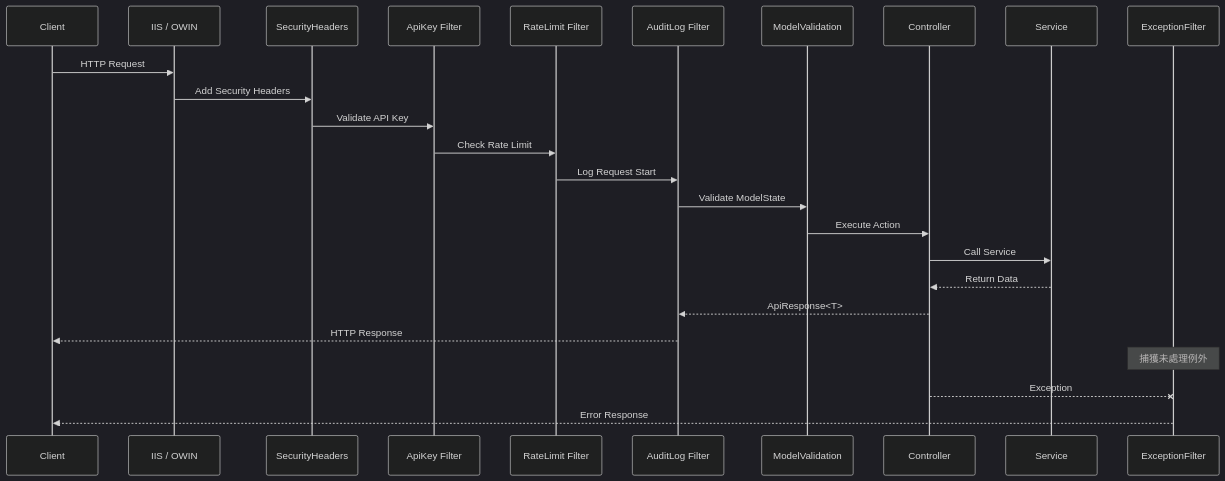
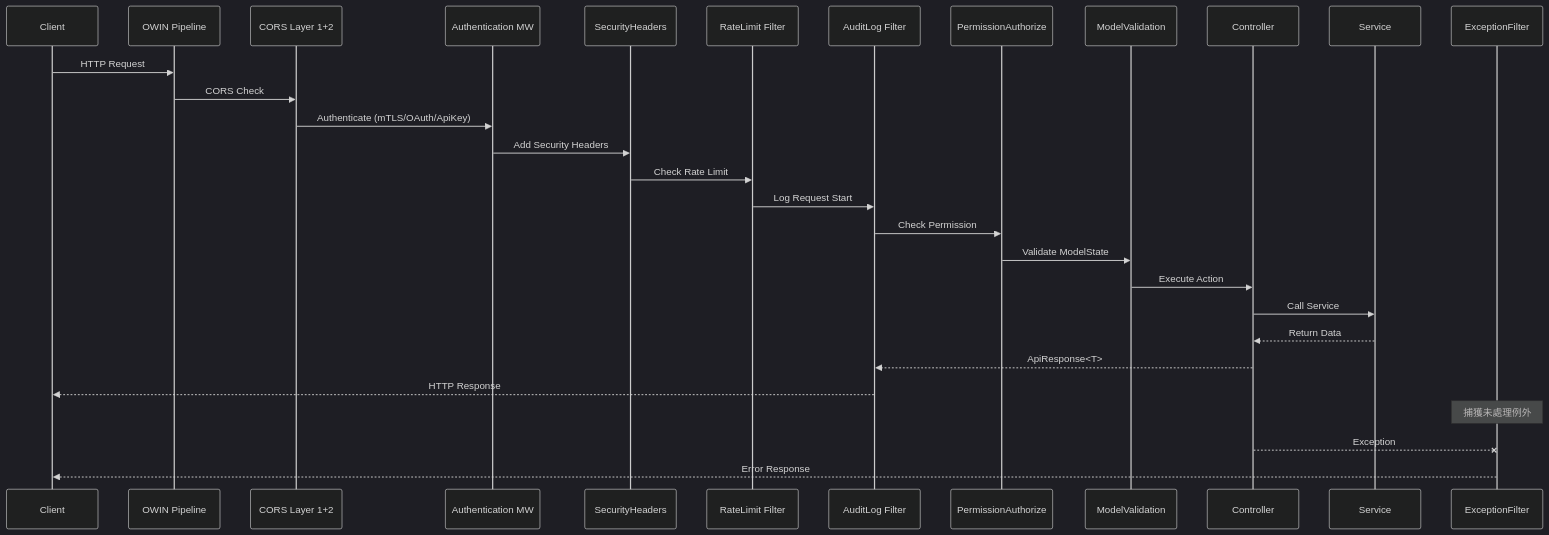
Before and after one commit to fdjy1234/SKERPAPI: the fifth of 6 diagrams in docs/SKERPAPI-Architecture-Document.md, drawn with Mermaid (dark theme). The commit also changed other lines of this file and 30 other files, not shown here.

Commit message:
feat: implement enterprise security framework including OAuth2, mTLS, RBAC, and OWIN middleware

````diff
--- a/docs/SKERPAPI-Architecture-Document.md
+++ b/docs/SKERPAPI-Architecture-Document.md
@@ -150,29 +307,33 @@
 ```mermaid
 sequenceDiagram
     participant C as Client
-    participant IIS as IIS / OWIN
+    participant OWIN as OWIN Pipeline
+    participant CORS as CORS Layer 1+2
+    participant Auth as Authentication MW
     participant SF as SecurityHeaders
-    participant AK as ApiKey Filter
     participant RL as RateLimit Filter
     participant AL as AuditLog Filter
+    participant AZ as PermissionAuthorize
     participant MV as ModelValidation
     participant Ctrl as Controller
     participant Svc as Service
     participant EF as ExceptionFilter
     
-    C->>IIS: HTTP Request
-    IIS->>SF: Add Security Headers
-    SF->>AK: Validate API Key
-    AK->>RL: Check Rate Limit
+    C->>OWIN: HTTP Request
+    OWIN->>CORS: CORS Check
+    CORS->>Auth: Authenticate (mTLS/OAuth/ApiKey)
+    Auth->>SF: Add Security Headers
+    SF->>RL: Check Rate Limit
     RL->>AL: Log Request Start
-    AL->>MV: Validate ModelState
+    AL->>AZ: Check Permission
+    AZ->>MV: Validate ModelState
     MV->>Ctrl: Execute Action
     Ctrl->>Svc: Call Service
     Svc-->>Ctrl: Return Data
     Ctrl-->>AL: ApiResponse<T>
     AL-->>C: HTTP Response
     
     Note over EF: 捕獲未處理例外
     Ctrl--xEF: Exception
     EF-->>C: Error Response
 ```
````
